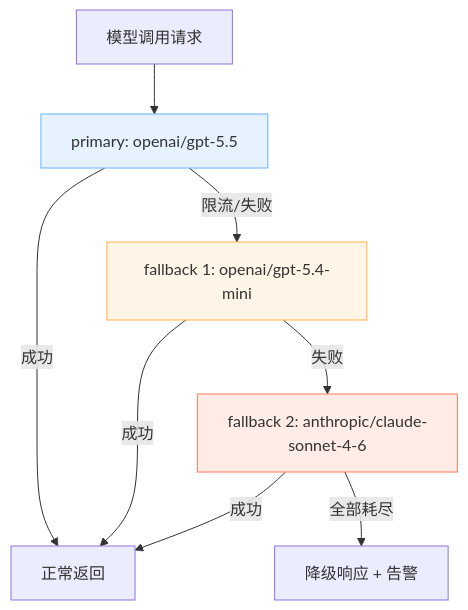
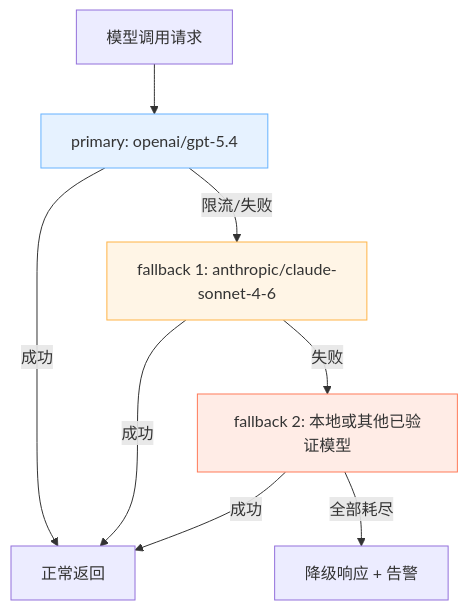
One commit to yeasy/openclaw_guide changed the diagram in 11_reliability_security/11.3_fallback_rules.md. Above: the diagram before and after it, drawn with Mermaid. The commit also changed other lines of this file and 15 other files, not shown here.

````diff
--- a/11_reliability_security/11.3_fallback_rules.md
+++ b/11_reliability_security/11.3_fallback_rules.md
@@ -28,14 +28,14 @@
 ```mermaid
 flowchart TD
-   req["模型调用请求"] --> p["primary: openai/gpt-5.5"]
+   req["模型调用请求"] --> p["primary: openai/gpt-5.4"]
   p -->|"成功"| ok["正常返回"]
-   p -->|"限流/失败"| f1["fallback 1: openai/gpt-5.4-mini"]
+   p -->|"限流/失败"| f1["fallback 1: anthropic/claude-sonnet-4-6"]
   f1 -->|"成功"| ok
-  f1 -->|"失败"| f2["fallback 2: anthropic/claude-sonnet-4-6"]
+  f1 -->|"失败"| f2["fallback 2: 本地或其他已验证模型"]
   f2 -->|"成功"| ok
   f2 -->|"全部耗尽"| degrade["降级响应 + 告警"]
 
   style p fill:#e6f2ff,stroke:#66b2ff
   style f1 fill:#fff5e6,stroke:#ffb347
   style f2 fill:#ffece6,stroke:#ff7a59
 ```
````
